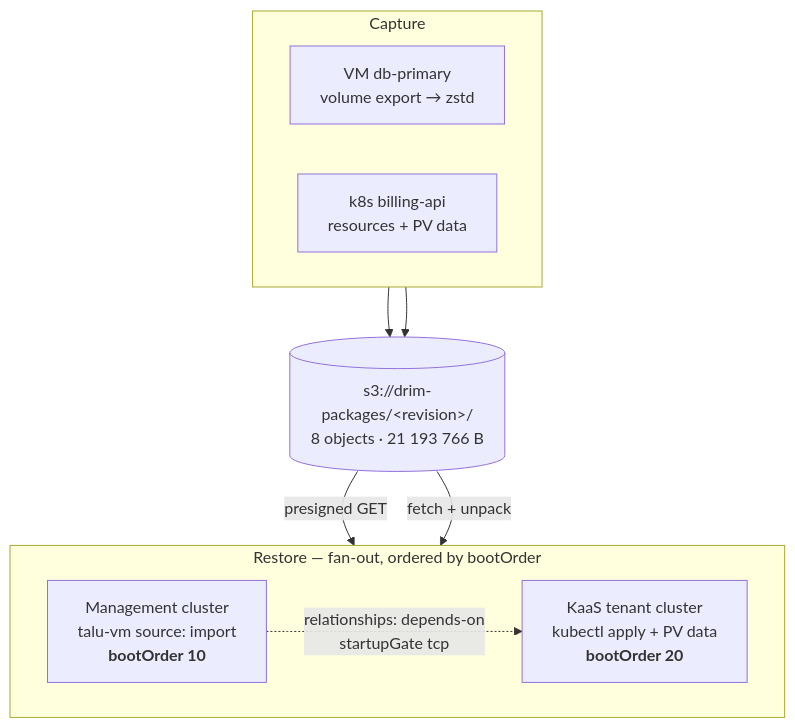
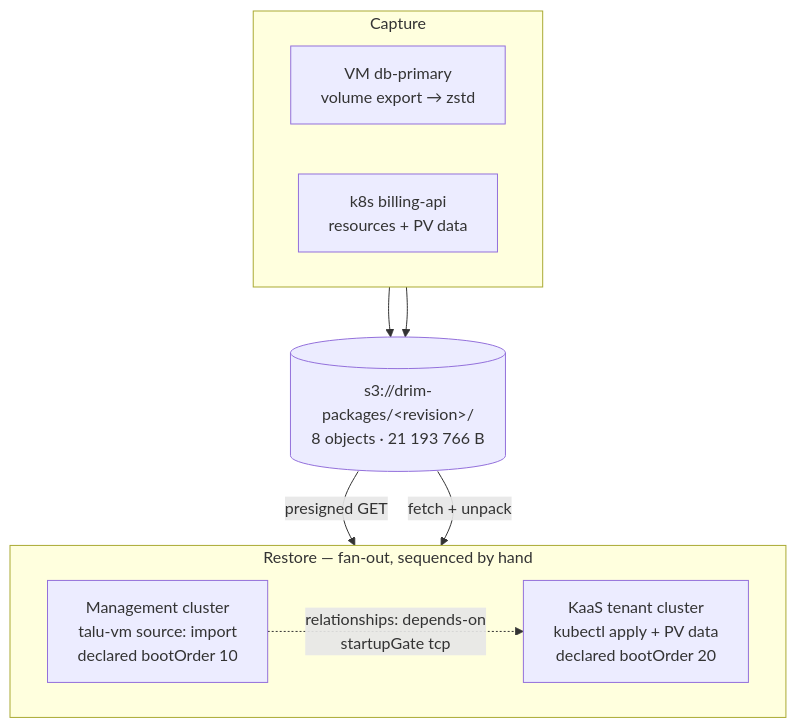
Before and after one commit to livenson/talu: the third of 6 diagrams in docs/architecture/drim-target.md, drawn with Mermaid. The commit also changed other lines of this file and 1 other file, not shown here.

````diff
--- a/docs/architecture/drim-target.md
+++ b/docs/architecture/drim-target.md
@@ -432,19 +432,19 @@
 ```mermaid
 flowchart TB
     subgraph CAP["Capture"]
       direction LR
       V["VM db-primary<br/>volume export → zstd"]
       K["k8s billing-api<br/>resources + PV data"]
     end
     PKG[("s3://drim-packages/&lt;revision&gt;/<br/>8 objects · 21 193 766 B")]
-    subgraph REC["Restore — fan-out, ordered by bootOrder"]
+    subgraph REC["Restore — fan-out, sequenced by hand"]
       direction LR
-      Z1["Management cluster<br/>talu-vm source: import<br/><b>bootOrder 10</b>"]
-      Z2["KaaS tenant cluster<br/>kubectl apply + PV data<br/><b>bootOrder 20</b>"]
+      Z1["Management cluster<br/>talu-vm source: import<br/>declared bootOrder 10"]
+      Z2["KaaS tenant cluster<br/>kubectl apply + PV data<br/>declared bootOrder 20"]
     end
     V --> PKG
     K --> PKG
     PKG -->|"presigned GET"| Z1
     PKG -->|"fetch + unpack"| Z2
     Z1 -.->|"relationships: depends-on<br/>startupGate tcp"| Z2
 ```
````
